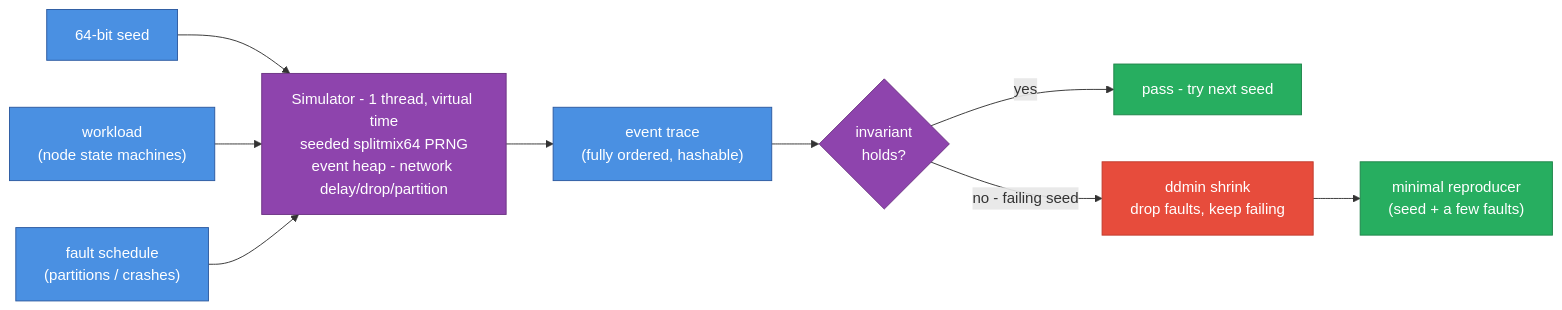
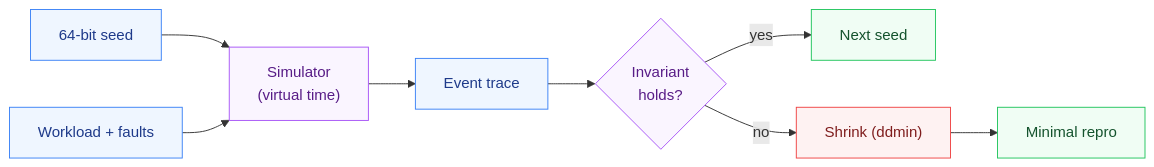
The diagram in README.md (parag-labs/deterministic-sim-testing), drawn with Mermaid before and after one commit.

Commit message:
Simplify the README diagram: short labels, softer palette

````diff
--- a/README.md
+++ b/README.md
@@ -57,22 +57,20 @@
 ```mermaid
 flowchart LR
-  classDef proc fill:#4a90e2,stroke:#2c5aa0,color:#fff
-  classDef good fill:#27ae60,stroke:#1e8449,color:#fff
-  classDef bad fill:#e74c3c,stroke:#c0392b,color:#fff
-  classDef work fill:#8e44ad,stroke:#6c3483,color:#fff
+  classDef proc fill:#eff6ff,stroke:#3b82f6,color:#1e3a8a
+  classDef good fill:#f0fdf4,stroke:#22c55e,color:#14532d
+  classDef bad fill:#fef2f2,stroke:#ef4444,color:#7f1d1d
+  classDef work fill:#faf5ff,stroke:#a855f7,color:#581c87
   SEED["64-bit seed"]:::proc
-  WL["workload<br/>(node state machines)"]:::proc
-  FA["fault schedule<br/>(partitions / crashes)"]:::proc
-  SIM["Simulator - 1 thread, virtual time<br/>seeded splitmix64 PRNG<br/>event heap - network delay/drop/partition"]:::work
-  TRACE["event trace<br/>(fully ordered, hashable)"]:::proc
-  INV{"invariant<br/>holds?"}:::work
-  PASS["pass - try next seed"]:::good
-  SHRINK["ddmin shrink<br/>drop faults, keep failing"]:::bad
-  REPRO["minimal reproducer<br/>(seed + a few faults)"]:::good
+  IN["Workload + faults"]:::proc
+  SIM["Simulator<br/>(virtual time)"]:::work
+  TRACE["Event trace"]:::proc
+  INV{"Invariant<br/>holds?"}:::work
+  PASS["Next seed"]:::good
+  SHRINK["Shrink (ddmin)"]:::bad
+  REPRO["Minimal repro"]:::good
   SEED --> SIM
-  WL --> SIM
-  FA --> SIM
+  IN --> SIM
   SIM --> TRACE --> INV
   INV -->|yes| PASS
-  INV -->|no - failing seed| SHRINK --> REPRO
+  INV -->|no| SHRINK --> REPRO
 ```
````
